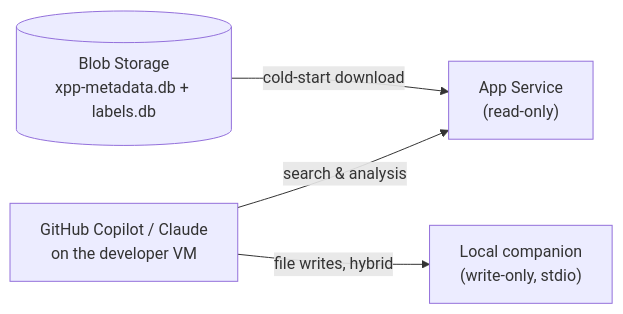
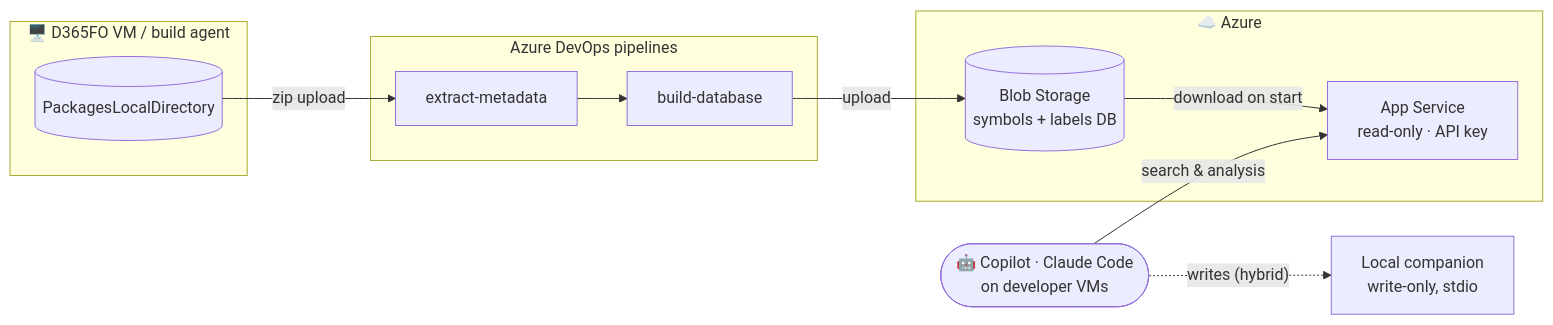
One commit to dynamics365ninja/d365fo-mcp-server changed the first of 2 diagrams in docs/SETUP_AZURE.md. Above: the diagram before and after it, drawn with Mermaid. The commit also changed other lines of this file and 24 other files, not shown here.

First line of the commit message:
docs: rework README and docs layout, redraw broken diagrams

````diff
--- a/docs/SETUP_AZURE.md
+++ b/docs/SETUP_AZURE.md
@@ -33,6 +37,21 @@
 ```mermaid
-graph LR
-    COP[GitHub Copilot / Claude<br/>on the developer VM] -->|search & analysis| APP["App Service<br/>(read-only)"]
-    COP -->|file writes, hybrid| LOCAL["Local companion<br/>(write-only, stdio)"]
-    BLOB[("Blob Storage<br/>xpp-metadata.db + labels.db")] -->|cold-start download| APP
+flowchart LR
+    subgraph vm["🖥️ D365FO VM / build agent"]
+        pld[("PackagesLocalDirectory")]
+    end
+    subgraph devops["Azure DevOps pipelines"]
+        ext["extract-metadata"] --> bld["build-database"]
+    end
+    subgraph azure["☁️ Azure"]
+        blob[("Blob Storage<br/>symbols + labels DB")]
+        app["App Service<br/>read-only · API key"]
+    end
+    dev(["🤖 Copilot · Claude Code<br/>on developer VMs"])
+    local["Local companion<br/>write-only, stdio"]
+
+    pld -- "zip upload" --> ext
+    bld -- "upload" --> blob
+    blob -- "download on start" --> app
+    dev -- "search & analysis" --> app
+    dev -. "writes (hybrid)" .-> local
 ```
````
